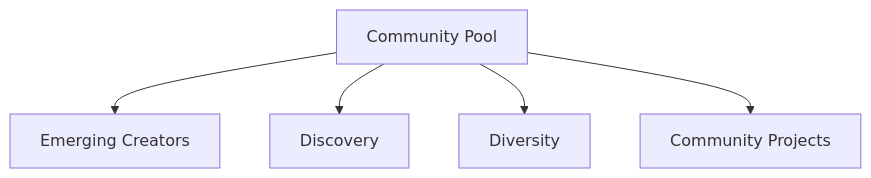
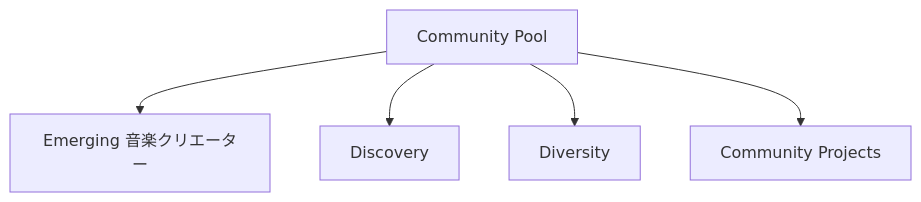
Before and after one commit to ShigeichiroYamasaki/creator-first-platform: the second of 5 diagrams in docs/adr/ADR-0004-creator-distribution-model.md, drawn with Mermaid. The commit also changed other lines of this file and 67 other files, not shown here.

````diff
--- a/docs/adr/ADR-0004-creator-distribution-model.md
+++ b/docs/adr/ADR-0004-creator-distribution-model.md
@@ -227,13 +227,13 @@
 ```mermaid
 flowchart TD
     CP[Community Pool]
-    NEW[Emerging Creators]
+    NEW[Emerging 音楽クリエーター]
     DISC[Discovery]
     DIVERSE[Diversity]
     COMMUNITY[Community Projects]
 
     CP --> NEW
     CP --> DISC
     CP --> DIVERSE
     CP --> COMMUNITY
 ```
````
